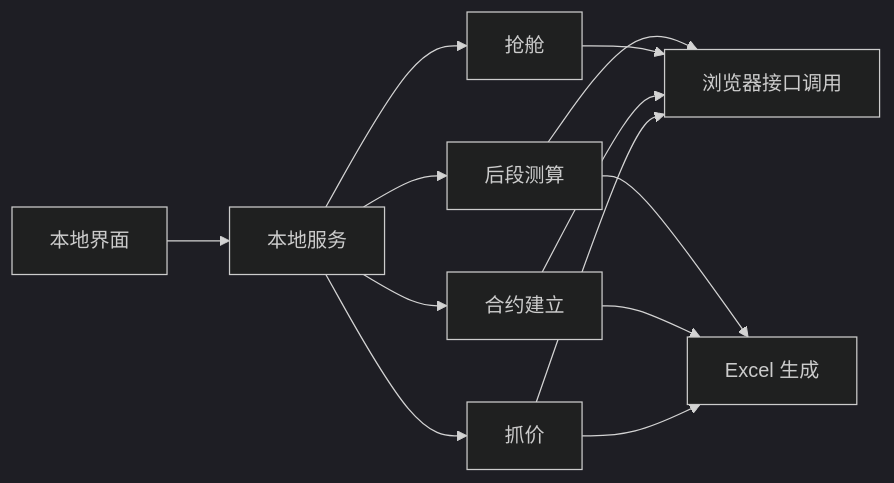
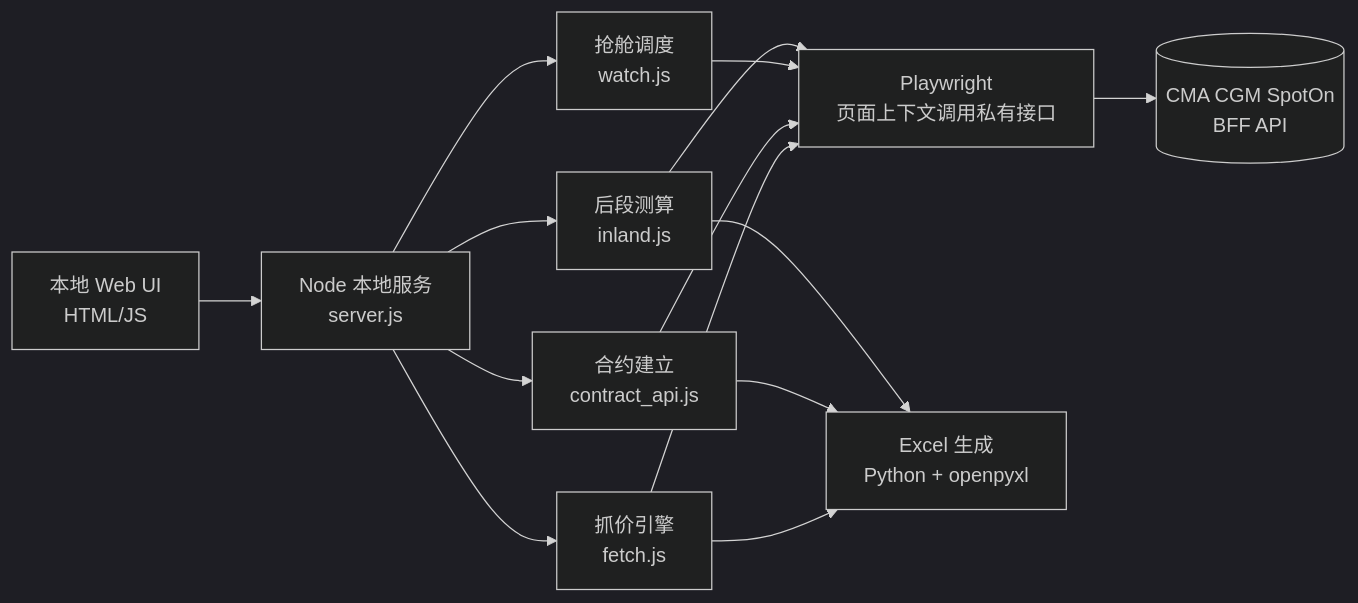
One commit to Akash1QWQ/cma-spoton-suite changed the diagram in README.md. Above: the diagram before and after it, drawn with Mermaid (dark theme). The commit also changed 2 other files, not shown here.

Commit message:
feat: add root shortcut launcher; restore detailed architecture diagram

````diff
--- a/README.md
+++ b/README.md
@@ -24,15 +24,16 @@
 ```mermaid
 graph LR
-  UI[本地界面] --> S[本地服务]
-  S --> F[抓价]
-  S --> Q[合约建立]
-  S --> W[抢舱]
-  S --> I[后段测算]
-  F --> P[浏览器接口调用]
-  Q --> P
-  W --> P
-  I --> P
-  F --> X[Excel 生成]
-  Q --> X
-  I --> X
+  A[本地 Web UI<br/>HTML/JS] --> B[Node 本地服务<br/>server.js]
+  B --> C[抓价引擎<br/>fetch.js]
+  B --> D[合约建立<br/>contract_api.js]
+  B --> E[抢舱调度<br/>watch.js]
+  B --> F[后段测算<br/>inland.js]
+  C --> G[Playwright<br/>页面上下文调用私有接口]
+  D --> G
+  E --> G
+  F --> G
+  C --> H[Excel 生成<br/>Python + openpyxl]
+  D --> H
+  F --> H
+  G --> I[(CMA CGM SpotOn<br/>BFF API)]
 ```
````
